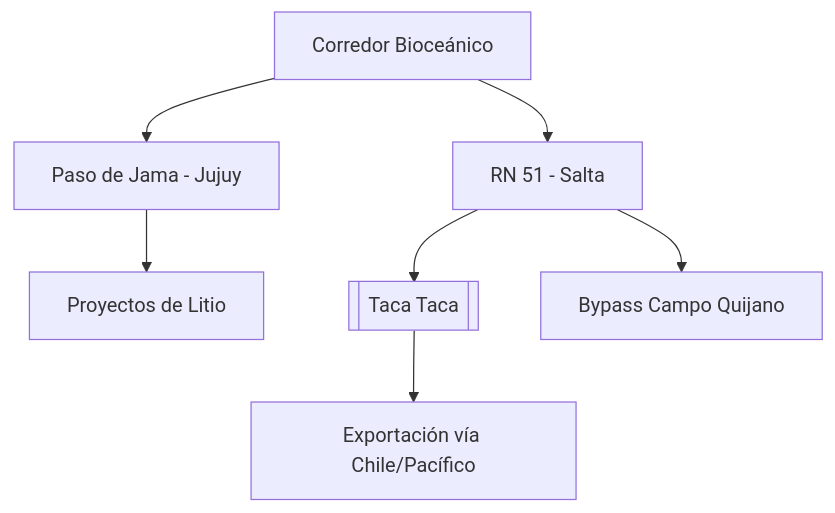
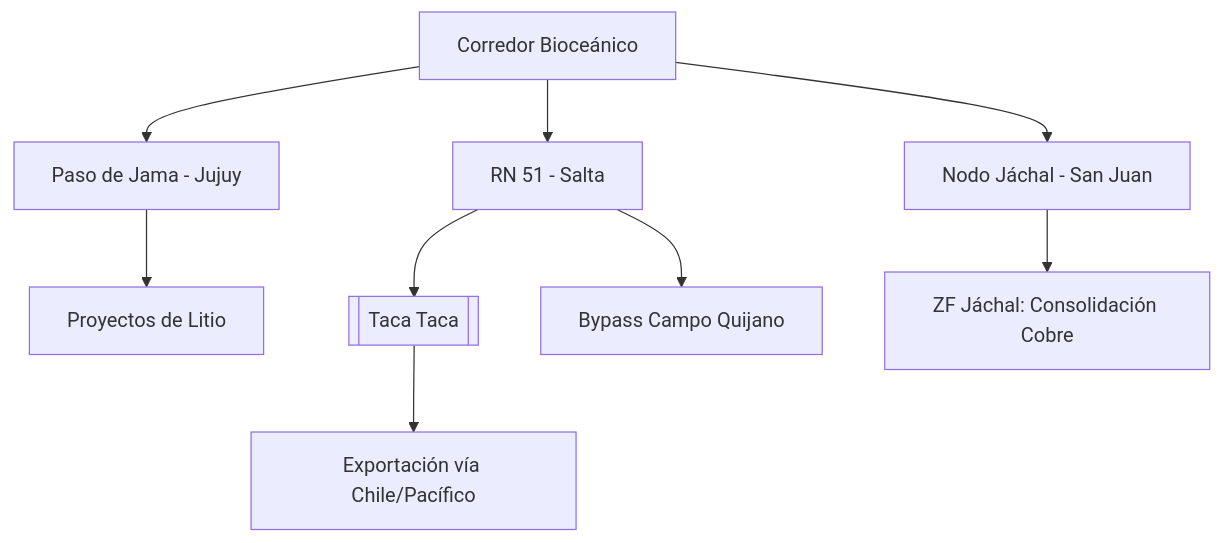
Before and after one commit to GustavoDago/argentina-mining-vault: the diagram in wiki/02 Frameworks/Corredor Bioceanico.md, drawn with Mermaid. The commit also changed 13 other files, not shown here.

````diff
--- a/wiki/02 Frameworks/Corredor Bioceanico.md
+++ b/wiki/02 Frameworks/Corredor Bioceanico.md
@@ -35,9 +35,11 @@
 ```mermaid
 graph TD
     A[Corredor Bioceánico] --> B[Paso de Jama - Jujuy]
     A --> C[RN 51 - Salta]
+    A --> H[Nodo Jáchal - San Juan]
     C --> D[[Taca Taca]]
     D --> E[Exportación vía Chile/Pacífico]
     B --> F[Proyectos de Litio]
     C --> G[Bypass Campo Quijano]
+    H --> I[ZF Jáchal: Consolidación Cobre]
 ```
````
